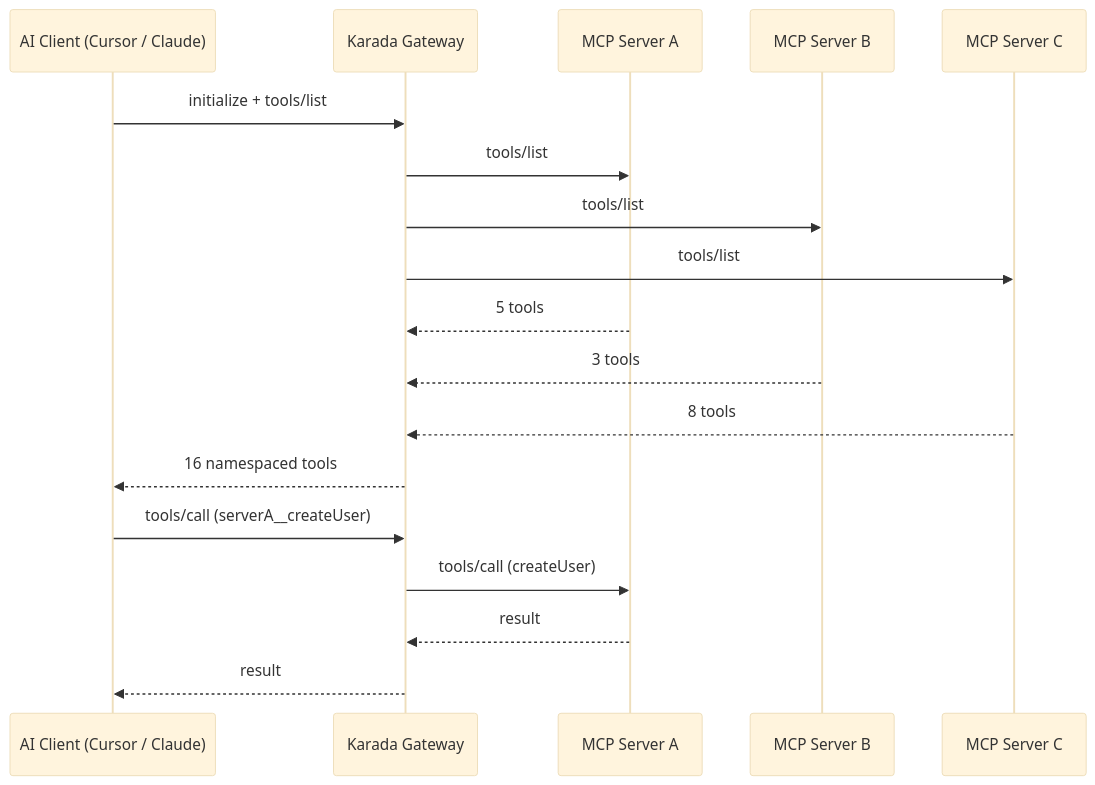
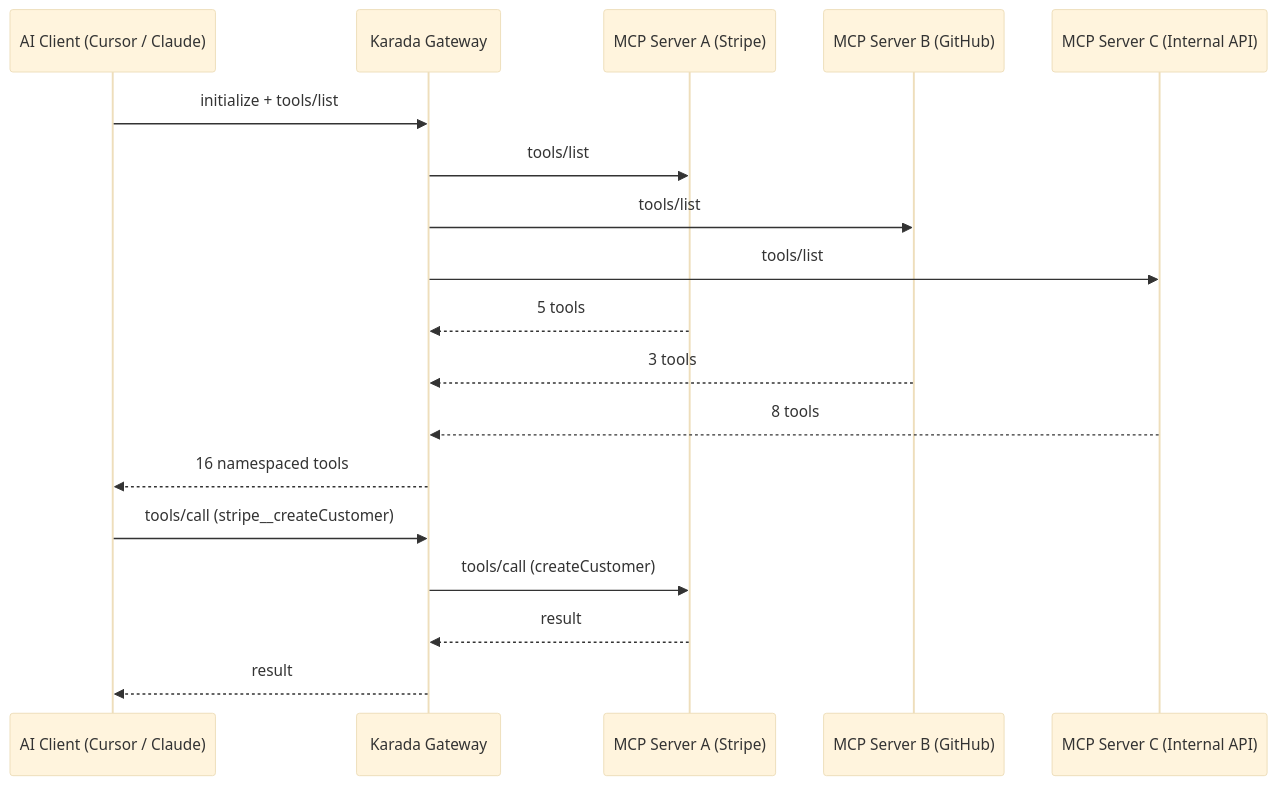
One commit to shashtag-ventures/karada-docs changed the diagram in features/gateway.mdx. Above: the diagram before and after it, drawn with Mermaid (base theme). The commit also changed other lines of this file and 20 other files, not shown here.

````diff
--- a/features/gateway.mdx
+++ b/features/gateway.mdx
@@ -10,21 +15,21 @@
 ```mermaid
 sequenceDiagram
     participant AI as AI Client (Cursor / Claude)
     participant GW as Karada Gateway
-    participant MCP1 as MCP Server A
-    participant MCP2 as MCP Server B
-    participant MCP3 as MCP Server C
+    participant MCP1 as MCP Server A (Stripe)
+    participant MCP2 as MCP Server B (GitHub)
+    participant MCP3 as MCP Server C (Internal API)
 
     AI->>GW: initialize + tools/list
     GW->>MCP1: tools/list
     GW->>MCP2: tools/list
     GW->>MCP3: tools/list
     MCP1-->>GW: 5 tools
     MCP2-->>GW: 3 tools
     MCP3-->>GW: 8 tools
     GW-->>AI: 16 namespaced tools
-    AI->>GW: tools/call (serverA__createUser)
-    GW->>MCP1: tools/call (createUser)
+    AI->>GW: tools/call (stripe__createCustomer)
+    GW->>MCP1: tools/call (createCustomer)
     MCP1-->>GW: result
     GW-->>AI: result
 ```
````
